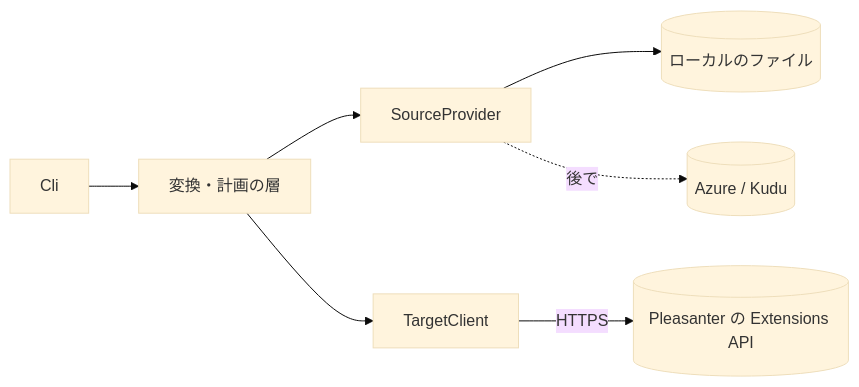
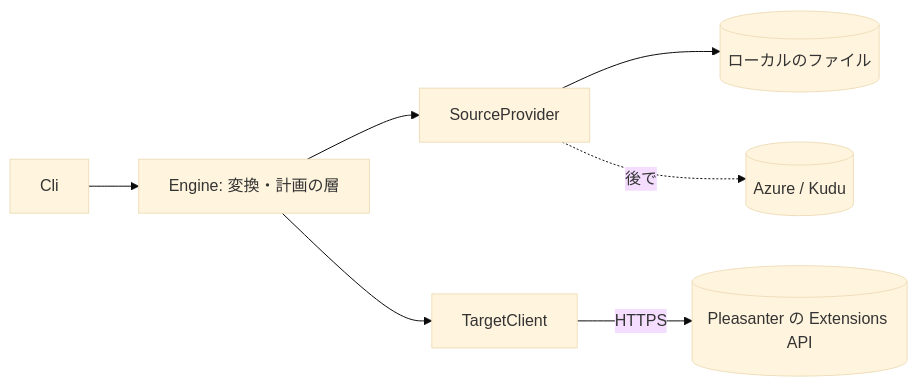
Before and after one commit to vehiclevisionjp/VehicleVision.PleasanterTools.ExtensionsMigrator: the diagram in _documents/アーキテクチャ方針.md, drawn with Mermaid (base theme). The commit also changed other lines of this file and 66 other files, not shown here.

First line of the commit message:
エンジンの切り出し: Core を Engine へ改名し、CLI 固有の部分を Cli へ移す (#16)

````diff
--- a/_documents/アーキテクチャ方針.md
+++ b/_documents/アーキテクチャ方針.md
@@ -58,9 +58,9 @@
 ```mermaid
 flowchart LR
-    Cli[Cli] --> Engine[変換・計画の層]
+    Cli[Cli] --> Engine[Engine: 変換・計画の層]
     Engine --> Source[SourceProvider]
     Engine --> Target[TargetClient]
     Source --> Local[(ローカルのファイル)]
     Source -.後で.-> Kudu[(Azure / Kudu)]
     Target -->|HTTPS| Pleasanter[(Pleasanter の Extensions API)]
 ```
````
